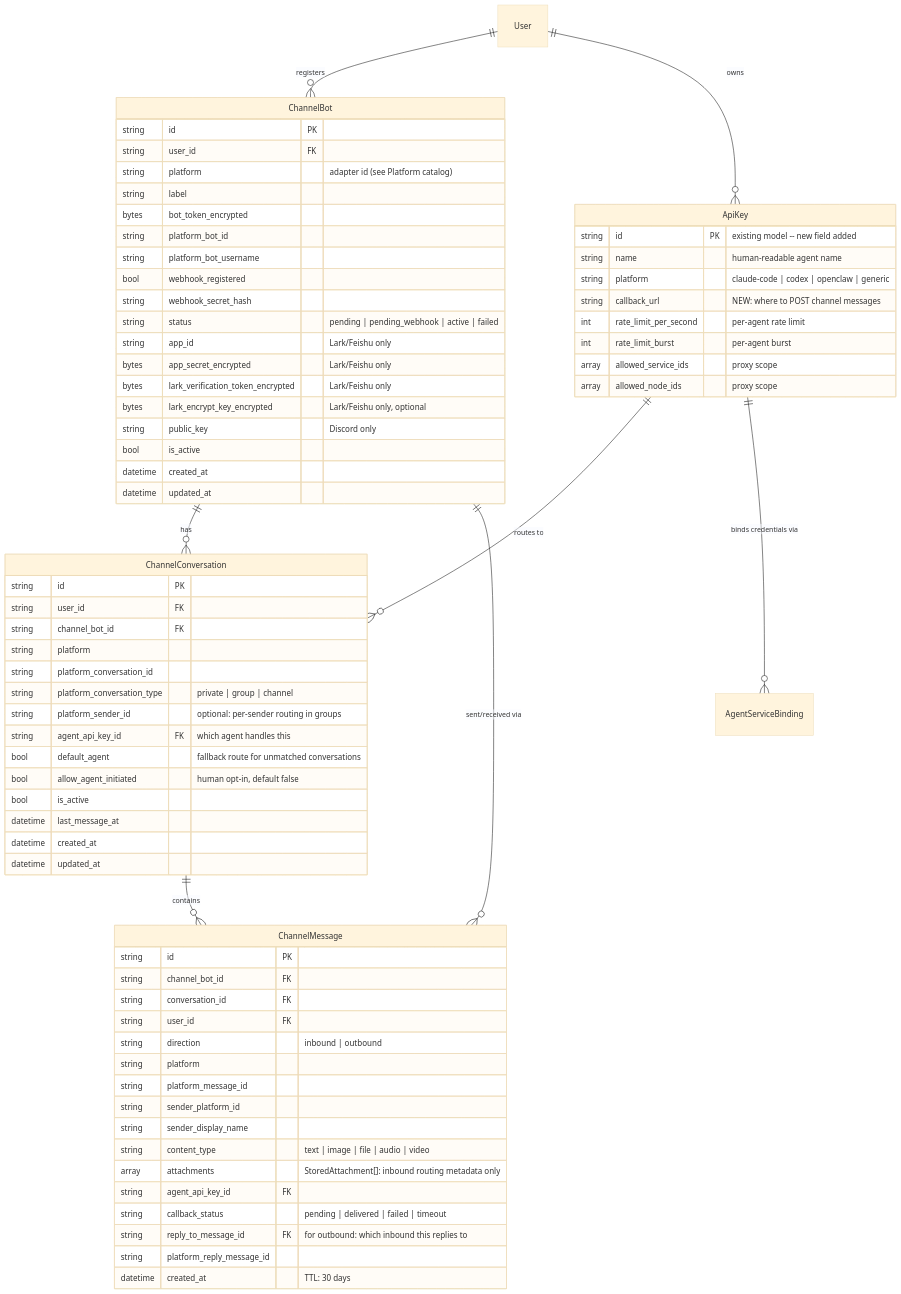
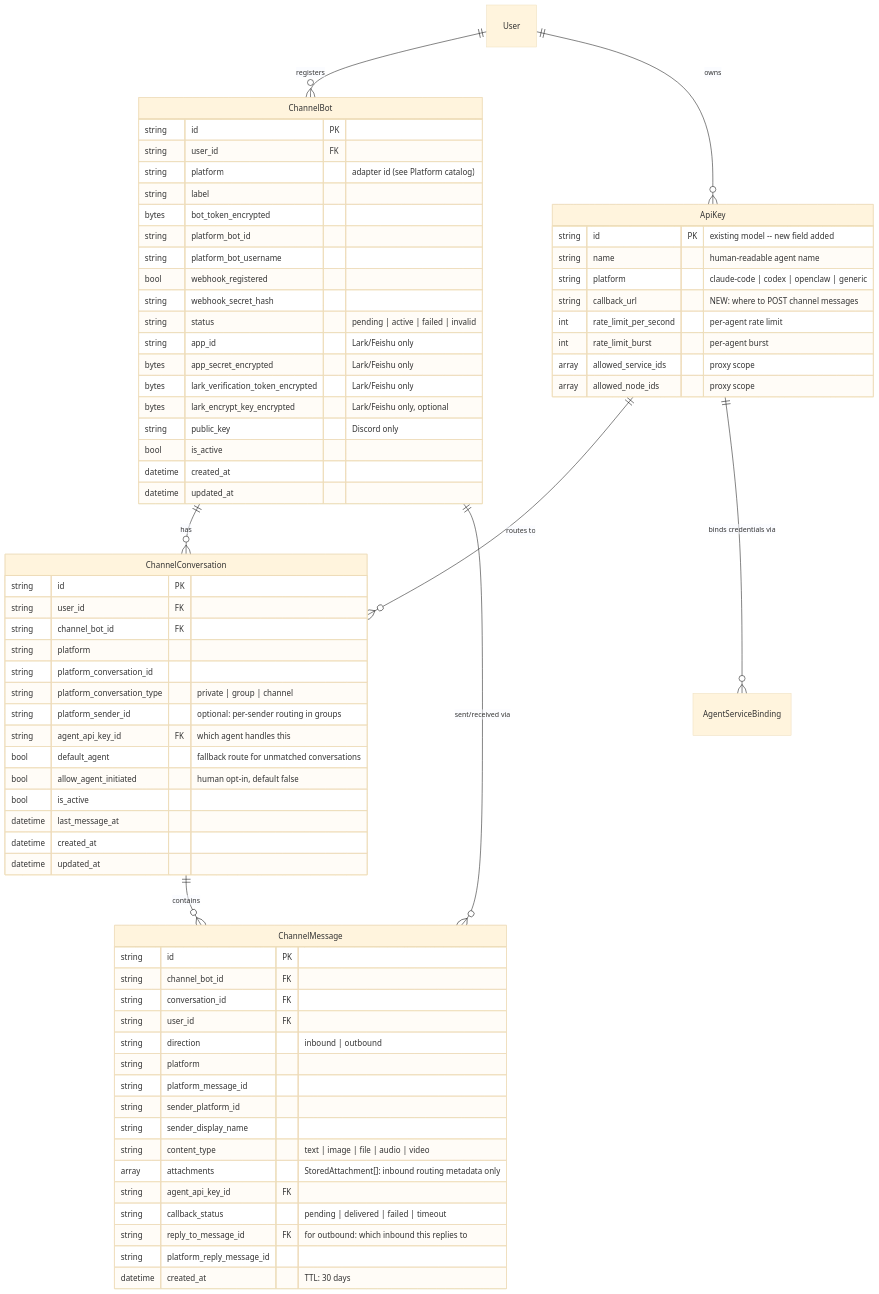
The eighth of 17 diagrams in docs/CHANNEL_BOT_RELAY.md (ChronoAIProject/NyxID), drawn with Mermaid (base theme) before and after one commit. The commit also changed 5 other files, not shown here.

````diff
--- a/docs/CHANNEL_BOT_RELAY.md
+++ b/docs/CHANNEL_BOT_RELAY.md
@@ -561,78 +561,78 @@
 ```mermaid
 erDiagram
     User ||--o{ ChannelBot : registers
     User ||--o{ ApiKey : owns
     ChannelBot ||--o{ ChannelConversation : has
     ApiKey ||--o{ ChannelConversation : "routes to"
     ApiKey ||--o{ AgentServiceBinding : "binds credentials via"
     ChannelConversation ||--o{ ChannelMessage : contains
     ChannelBot ||--o{ ChannelMessage : "sent/received via"
 
     ApiKey {
         string id PK "existing model -- new field added"
         string name "human-readable agent name"
         string platform "claude-code | codex | openclaw | generic"
         string callback_url "NEW: where to POST channel messages"
         int rate_limit_per_second "per-agent rate limit"
         int rate_limit_burst "per-agent burst"
         array allowed_service_ids "proxy scope"
         array allowed_node_ids "proxy scope"
     }
 
     ChannelBot {
         string id PK
         string user_id FK
         string platform "adapter id (see Platform catalog)"
         string label
         bytes bot_token_encrypted
         string platform_bot_id
         string platform_bot_username
         bool webhook_registered
         string webhook_secret_hash
-        string status "pending | pending_webhook | active | failed"
+        string status "pending | active | failed | invalid"
         string app_id "Lark/Feishu only"
         bytes app_secret_encrypted "Lark/Feishu only"
         bytes lark_verification_token_encrypted "Lark/Feishu only"
         bytes lark_encrypt_key_encrypted "Lark/Feishu only, optional"
         string public_key "Discord only"
         bool is_active
         datetime created_at
         datetime updated_at
     }
 
     ChannelConversation {
         string id PK
         string user_id FK
         string channel_bot_id FK
         string platform
         string platform_conversation_id
         string platform_conversation_type "private | group | channel"
         string platform_sender_id "optional: per-sender routing in groups"
         string agent_api_key_id FK "which agent handles this"
         bool default_agent "fallback route for unmatched conversations"
         bool allow_agent_initiated "human opt-in, default false"
         bool is_active
         datetime last_message_at
         datetime created_at
         datetime updated_at
     }
 
     ChannelMessage {
         string id PK
         string channel_bot_id FK
         string conversation_id FK
         string user_id FK
         string direction "inbound | outbound"
         string platform
         string platform_message_id
         string sender_platform_id
         string sender_display_name
         string content_type "text | image | file | audio | video"
         array attachments "StoredAttachment[]: inbound routing metadata only"
         string agent_api_key_id FK
         string callback_status "pending | delivered | failed | timeout"
         string reply_to_message_id FK "for outbound: which inbound this replies to"
         string platform_reply_message_id
         datetime created_at "TTL: 30 days"
     }
 ```
````
